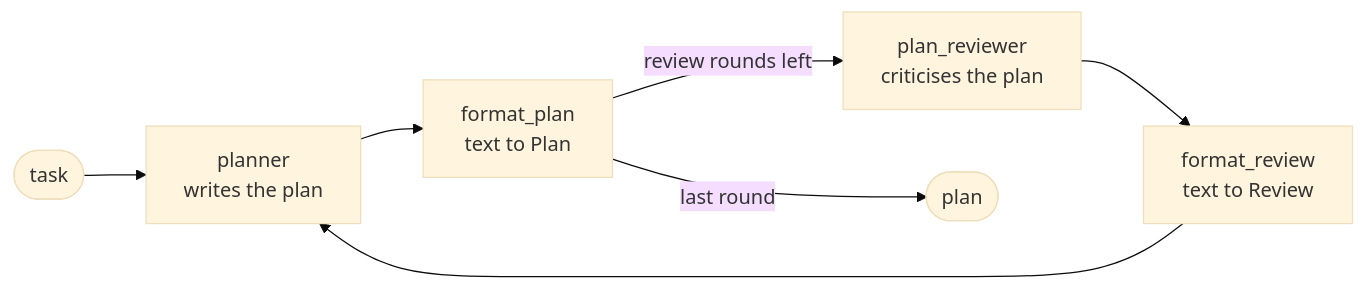
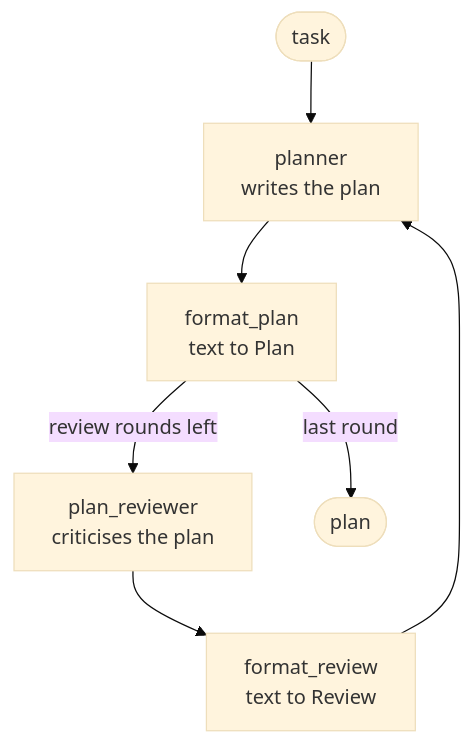
The second of 6 diagrams in README.md (CMBAgents/cmbagent), drawn with Mermaid (base theme) before and after one commit. The commit also changed other lines of this file, not shown here.

First line of the commit message:
README: vertical planning and researcher diagrams; self_debug as a main loop and its other exits

````diff
--- a/README.md
+++ b/README.md
@@ -104,9 +104,9 @@
 ```mermaid
-flowchart LR
+flowchart TD
     start(["task"]) --> planner["planner<br/>writes the plan"]
     planner --> format_plan["format_plan<br/>text to Plan"]
     format_plan -->|review rounds left| plan_reviewer["plan_reviewer<br/>criticises the plan"]
     plan_reviewer --> format_review["format_review<br/>text to Review"]
     format_review --> planner
     format_plan -->|last round| done(["plan"])
 ```
````
